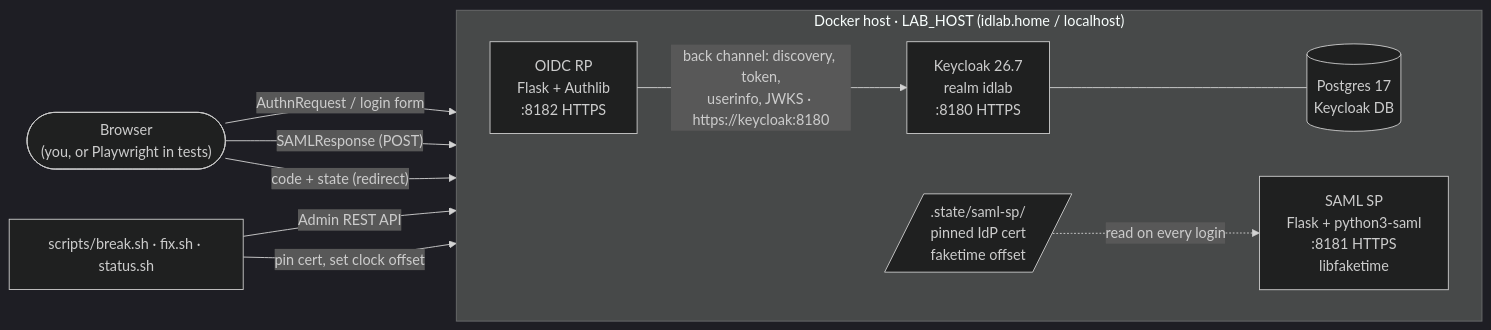
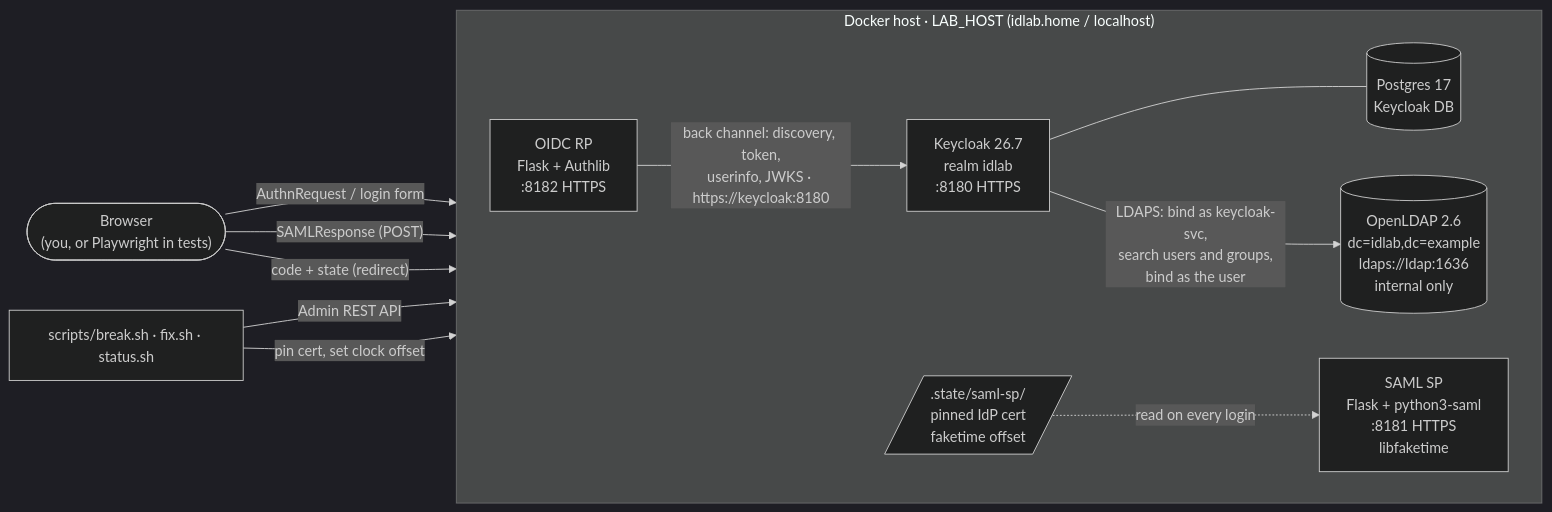
One commit to MarkHawk/identity-lab changed the diagram in README.md. Above: the diagram before and after it, drawn with Mermaid (dark theme). The commit also changed other lines of this file, not shown here.

First line of the commit message:
README: OpenLDAP directory and the ldap-bind-failure scenario

````diff
--- a/README.md
+++ b/README.md
@@ -18,22 +18,24 @@
 ```mermaid
 flowchart LR
     user(["Browser<br/>(you, or Playwright in tests)"])
 
     subgraph host["Docker host · LAB_HOST (idlab.home / localhost)"]
         direction LR
         kc["Keycloak 26.7<br/>realm idlab<br/>:8180 HTTPS"]
         pg[("Postgres 17<br/>Keycloak DB")]
+        ldap[("OpenLDAP 2.6<br/>dc=idlab,dc=example<br/>ldaps://ldap:1636<br/>internal only")]
         sp["SAML SP<br/>Flask + python3-saml<br/>:8181 HTTPS<br/>libfaketime"]
         rp["OIDC RP<br/>Flask + Authlib<br/>:8182 HTTPS"]
         pin[/".state/saml-sp/<br/>pinned IdP cert<br/>faketime offset"/]
     end
 
     user -- "AuthnRequest / login form" --> kc
     user -- "SAMLResponse (POST)" --> sp
     user -- "code + state (redirect)" --> rp
     rp -- "back channel: discovery, token,<br/>userinfo, JWKS · https://keycloak:8180" --> kc
     kc --- pg
+    kc -- "LDAPS: bind as keycloak-svc,<br/>search users and groups,<br/>bind as the user" --> ldap
     pin -. "read on every login" .-> sp
     scripts["scripts/break.sh · fix.sh · status.sh"] -- "Admin REST API" --> kc
     scripts -- "pin cert, set clock offset" --> pin
 ```
````
